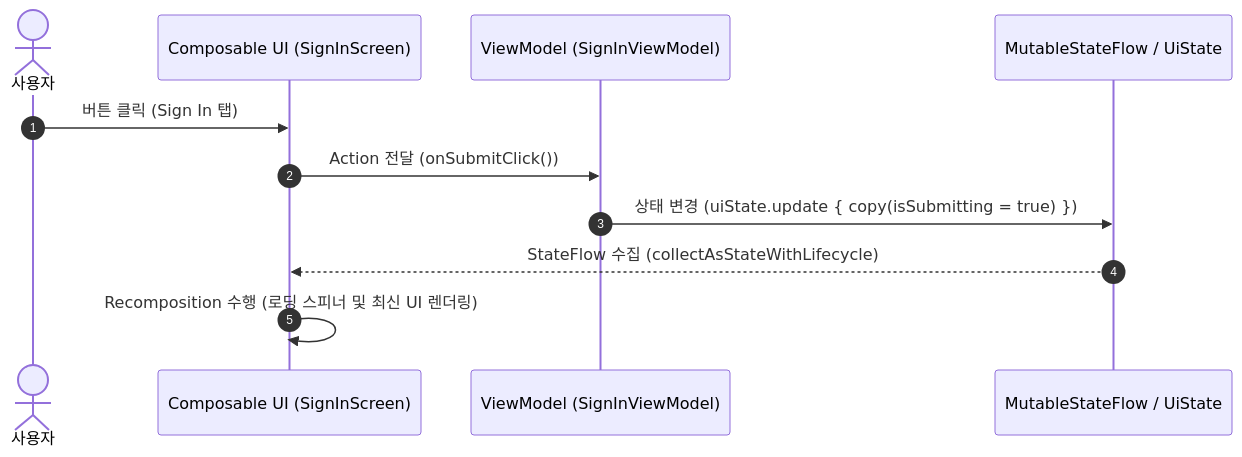
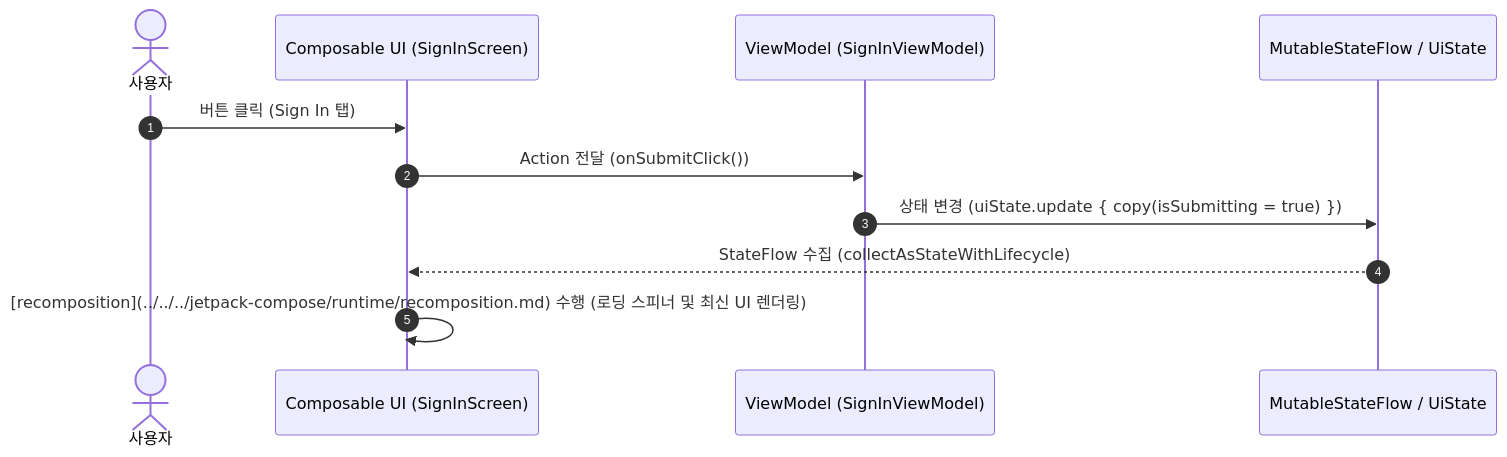
The diagram in 01_inbox/mobile/android/02_app_framework/architecture/state-management/ui-state/ui-receives-state-and-sends-actions-up.md (youngmin-gwon/what-i-studied), drawn with Mermaid before and after one commit. The commit also changed other lines of this file and 185 other files, not shown here.

````diff
--- a/01_inbox/mobile/android/02_app_framework/architecture/state-management/ui-state/ui-receives-state-and-sends-actions-up.md
+++ b/01_inbox/mobile/android/02_app_framework/architecture/state-management/ui-state/ui-receives-state-and-sends-actions-up.md
@@ -34,14 +34,14 @@
 ```mermaid
 sequenceDiagram
     autonumber
     actor User as 사용자
     participant UI as Composable UI (SignInScreen)
     participant VM as ViewModel (SignInViewModel)
     participant SF as MutableStateFlow / UiState
 
     User->>UI: 버튼 클릭 (Sign In 탭)
     UI->>VM: Action 전달 (onSubmitClick())
     VM->>SF: 상태 변경 (uiState.update { copy(isSubmitting = true) })
     SF-->>UI: StateFlow 수집 (collectAsStateWithLifecycle)
-    UI->>UI: Recomposition 수행 (로딩 스피너 및 최신 UI 렌더링)
+    UI->>UI: [recomposition](../../../jetpack-compose/runtime/recomposition.md) 수행 (로딩 스피너 및 최신 UI 렌더링)
 ```
````
